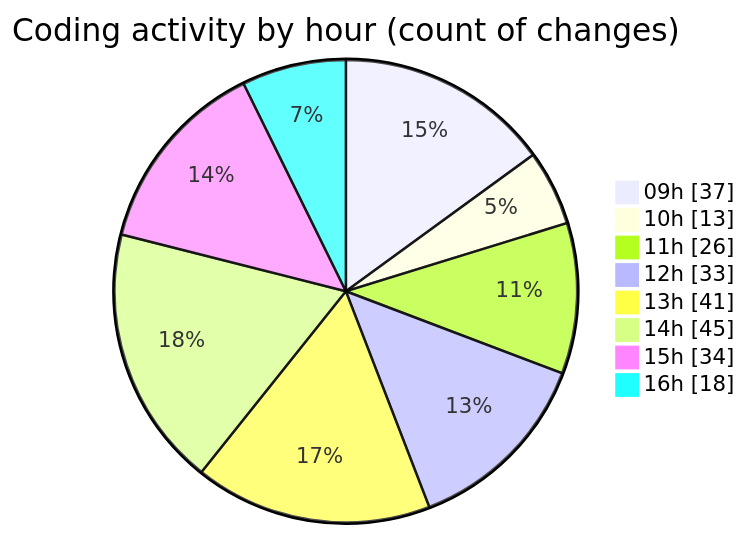
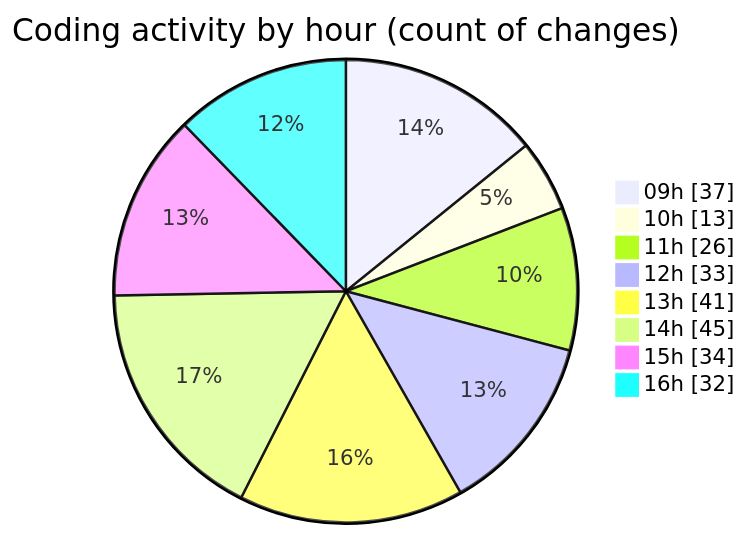
The second of 2 diagrams in 2026-04-23/cda/README.md (momahboobian/code-tracking), drawn with Mermaid before and after one commit. The commit also changed other lines of this file and 1 other file, not shown here.

````diff
--- a/2026-04-23/cda/README.md
+++ b/2026-04-23/cda/README.md
@@ -56,12 +56,12 @@
 ```mermaid
 pie showData
 title Coding activity by hour (count of changes)
 "09h" : 37
 "10h" : 13
 "11h" : 26
 "12h" : 33
 "13h" : 41
 "14h" : 45
 "15h" : 34
-"16h" : 18
+"16h" : 32
 ```
````
